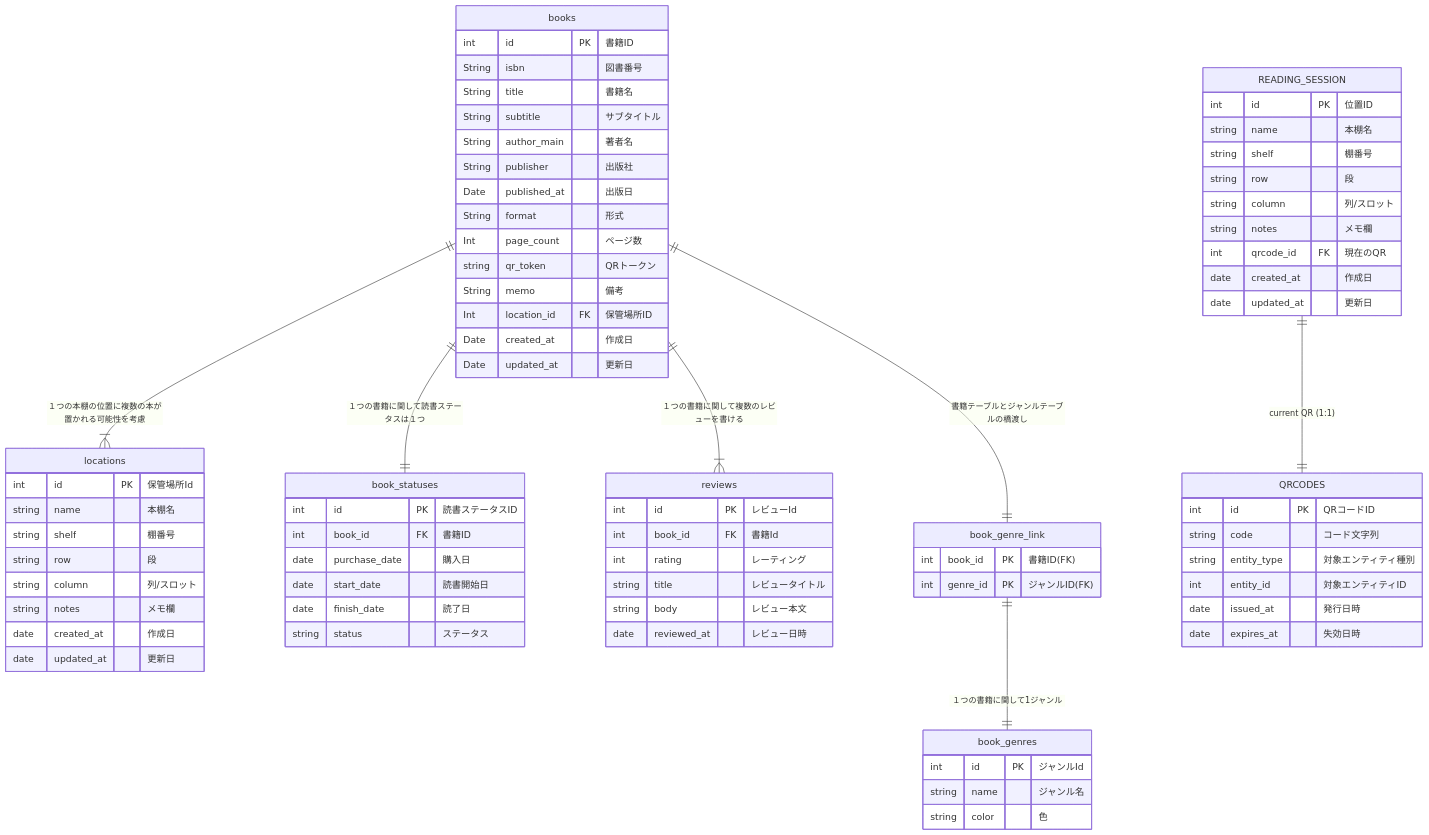
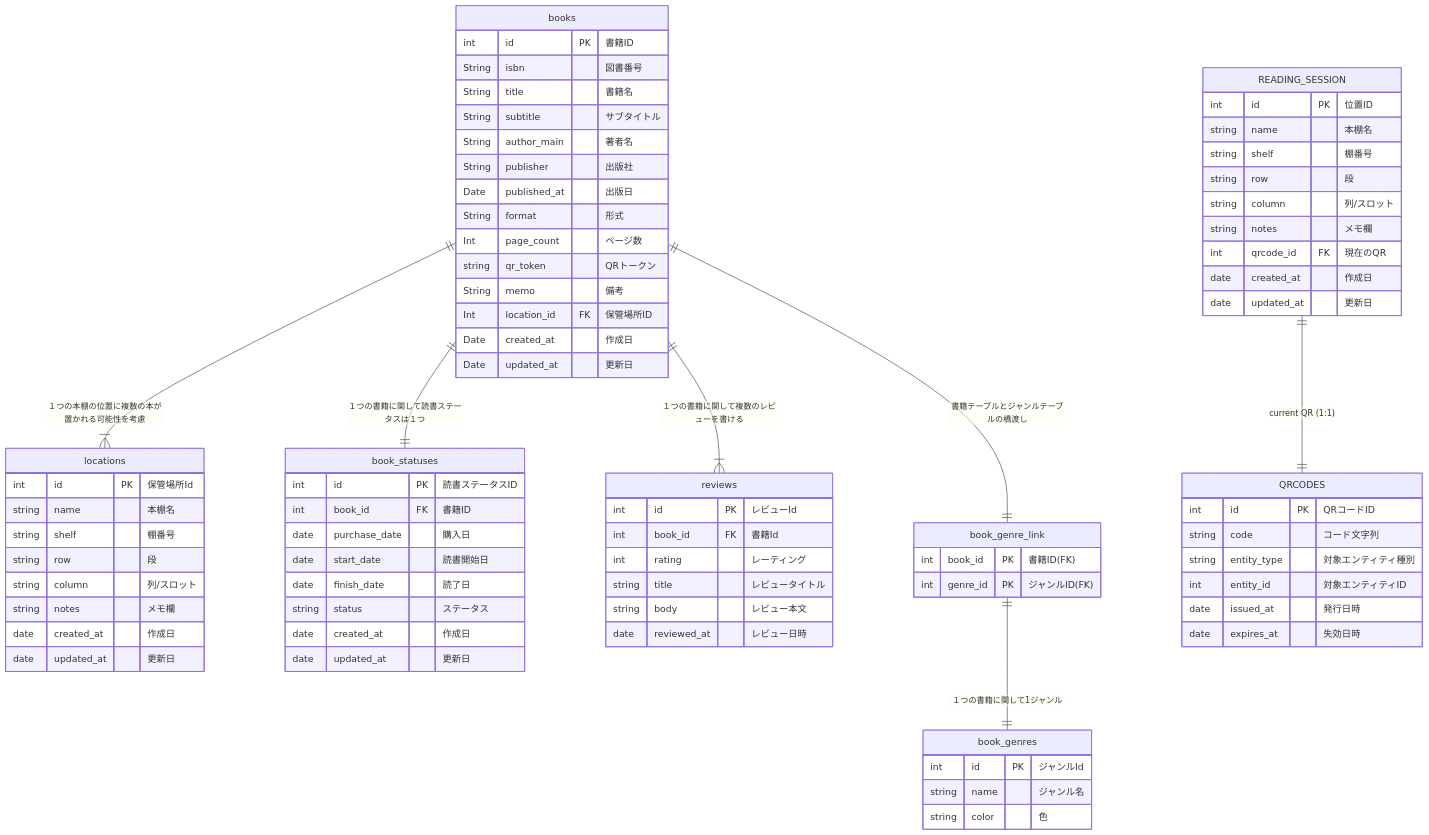
One commit to daiki-inamura/book-qr-manager changed the diagram in docs/book-qr-manager-er.md. Above: the diagram before and after it, drawn with Mermaid. The commit also changed other lines of this file and 27 other files, not shown here.

```diff
--- a/docs/book-qr-manager-er.md
+++ b/docs/book-qr-manager-er.md
@@ -46,6 +46,8 @@
         date start_date "読書開始日"
         date finish_date "読了日"
         string status "ステータス"
+        date created_at	"作成日"
+        date updated_at	"更新日	"        
     }
 
     reviews {
```
